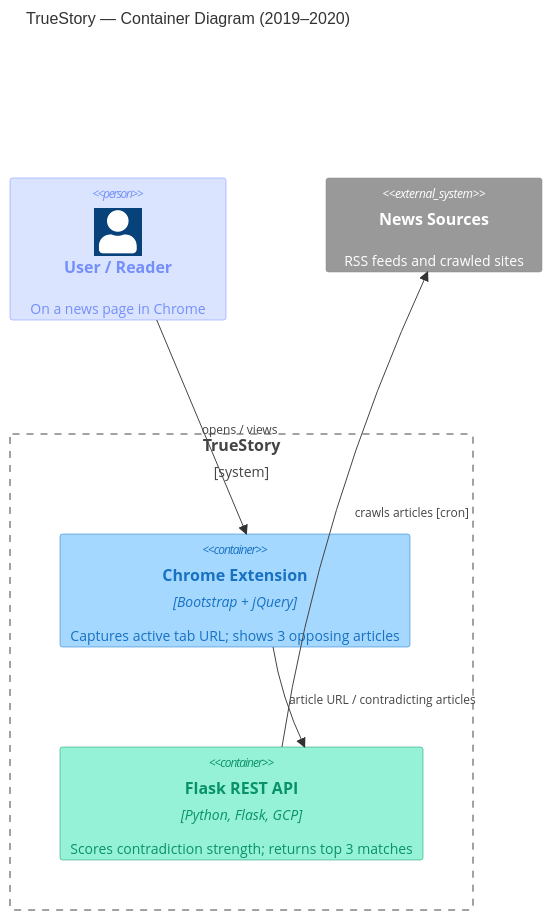
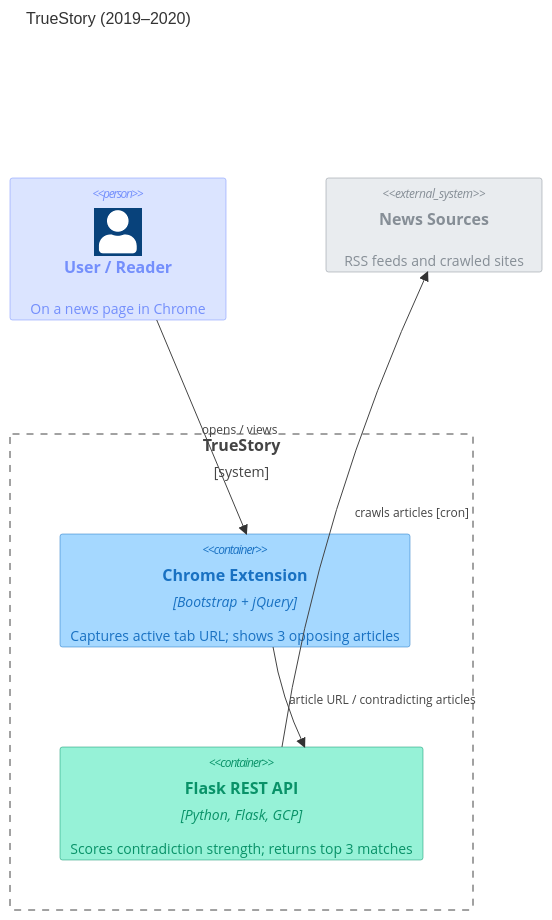
Before and after one commit to cmin764/portfolio: the diagram in src/diagrams/truestory.md, drawn with Mermaid. The commit also changed other lines of this file and 23 other files, not shown here.

First line of the commit message:
OSS diagrams: C4 architecture diagrams for all portfolio projects (#5)

````diff
--- a/src/diagrams/truestory.md
+++ b/src/diagrams/truestory.md
@@ -3,24 +3,25 @@
 ```mermaid
 C4Container
-  title TrueStory — Container Diagram (2019–2020)
+  title TrueStory (2019–2020)
 
   Person(user, "User / Reader", "On a news page in Chrome")
 
   Boundary(truestory, "TrueStory", "system") {
     Container(ext, "Chrome Extension", "Bootstrap + jQuery", "Captures active tab URL; shows 3 opposing articles")
     Container(api, "Flask REST API", "Python, Flask, GCP", "Scores contradiction strength; returns top 3 matches")
   }
 
   System_Ext(news, "News Sources", "RSS feeds and crawled sites")
 
   Rel(user, ext, "opens / views")
   Rel(ext, api, "article URL / contradicting articles")
   %% api→news: dashed line + filled arrowhead in export (cron dependency, not async queue)
   Rel(api, news, "crawls articles [cron]")
 
   UpdateElementStyle(user, $fontColor="#748ffc", $bgColor="#dbe4ff", $borderColor="#748ffc")
   UpdateElementStyle(ext, $fontColor="#1971c2", $bgColor="#a5d8ff", $borderColor="#1971c2")
   UpdateElementStyle(api, $fontColor="#099268", $bgColor="#96f2d7", $borderColor="#099268")
+  UpdateElementStyle(news, $bgColor="#e9ecef", $borderColor="#868e96", $fontColor="#868e96")
 
   UpdateLayoutConfig($c4ShapeInRow="2", $c4BoundaryInRow="1")
 ```
````
